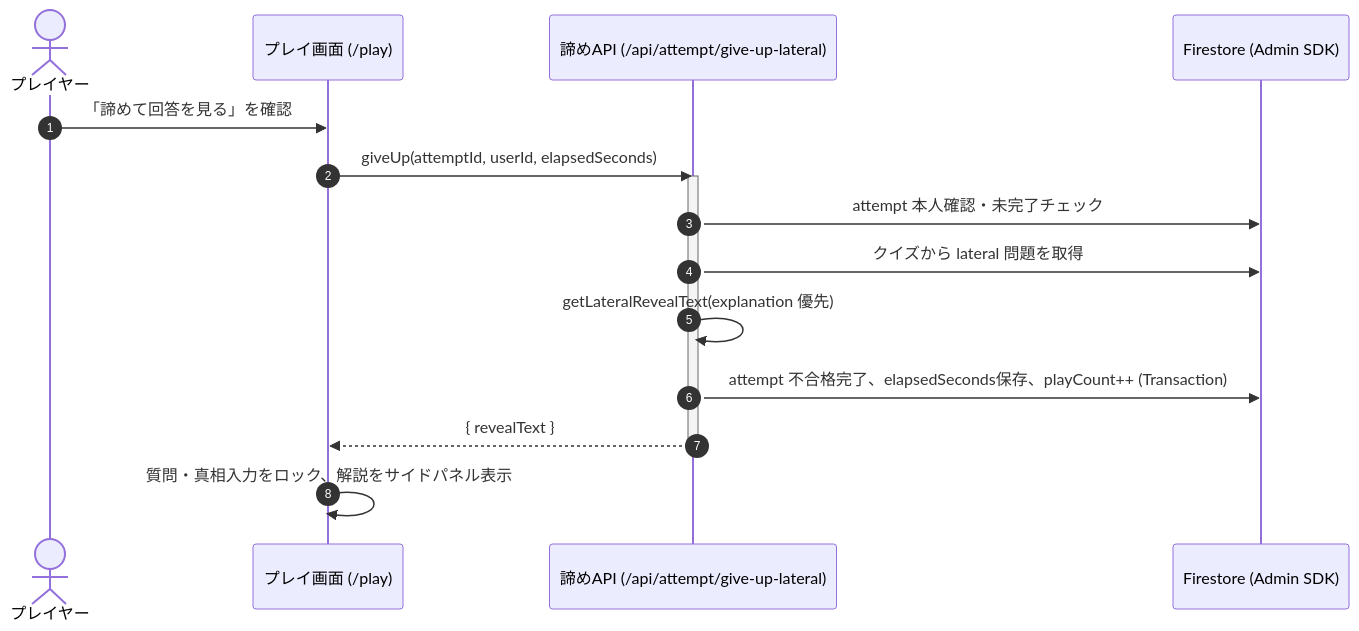
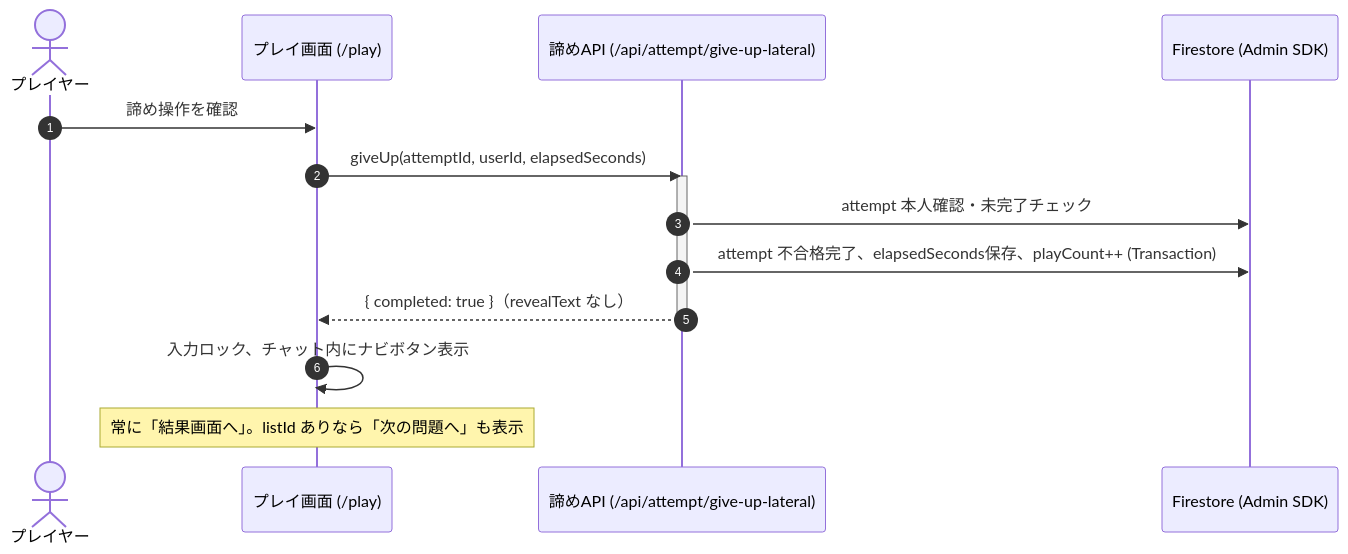
Before and after one commit to npressoworks/quizetika: diagram 11 of 19 in .kiro/specs/quizeum-core/design.md, drawn with Mermaid. The commit also changed other lines of this file and 18 other files, not shown here.

````diff
--- a/.kiro/specs/quizeum-core/design.md
+++ b/.kiro/specs/quizeum-core/design.md
@@ -499,19 +504,18 @@
 ```mermaid
 sequenceDiagram
     autonumber
     actor Player as プレイヤー
     participant Client as プレイ画面 (/play)
     participant API as 諦めAPI (/api/attempt/give-up-lateral)
     participant DB as Firestore (Admin SDK)
 
-    Player->>Client: 「諦めて回答を見る」を確認
+    Player->>Client: 諦め操作を確認
     Client->>API: giveUp(attemptId, userId, elapsedSeconds)
     activate API
     API->>DB: attempt 本人確認・未完了チェック
-    API->>DB: クイズから lateral 問題を取得
-    API->>API: getLateralRevealText(explanation 優先)
     API->>DB: attempt 不合格完了、elapsedSeconds保存、playCount++ (Transaction)
-    API-->>Client: { revealText }
+    API-->>Client: { completed: true }（revealText なし）
     deactivate API
-    Client->>Client: 質問・真相入力をロック、解説をサイドパネル表示
+    Client->>Client: 入力ロック、チャット内にナビボタン表示
+    Note over Client: 常に「結果画面へ」。listId ありなら「次の問題へ」も表示
 ```
````
